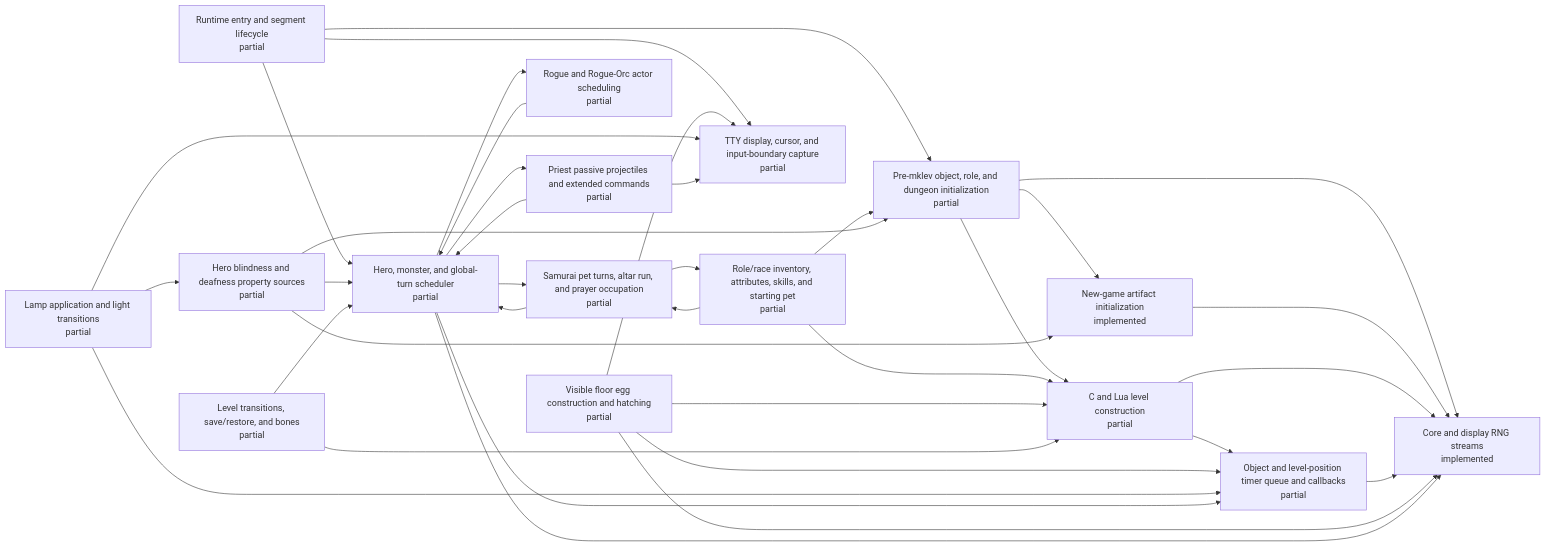
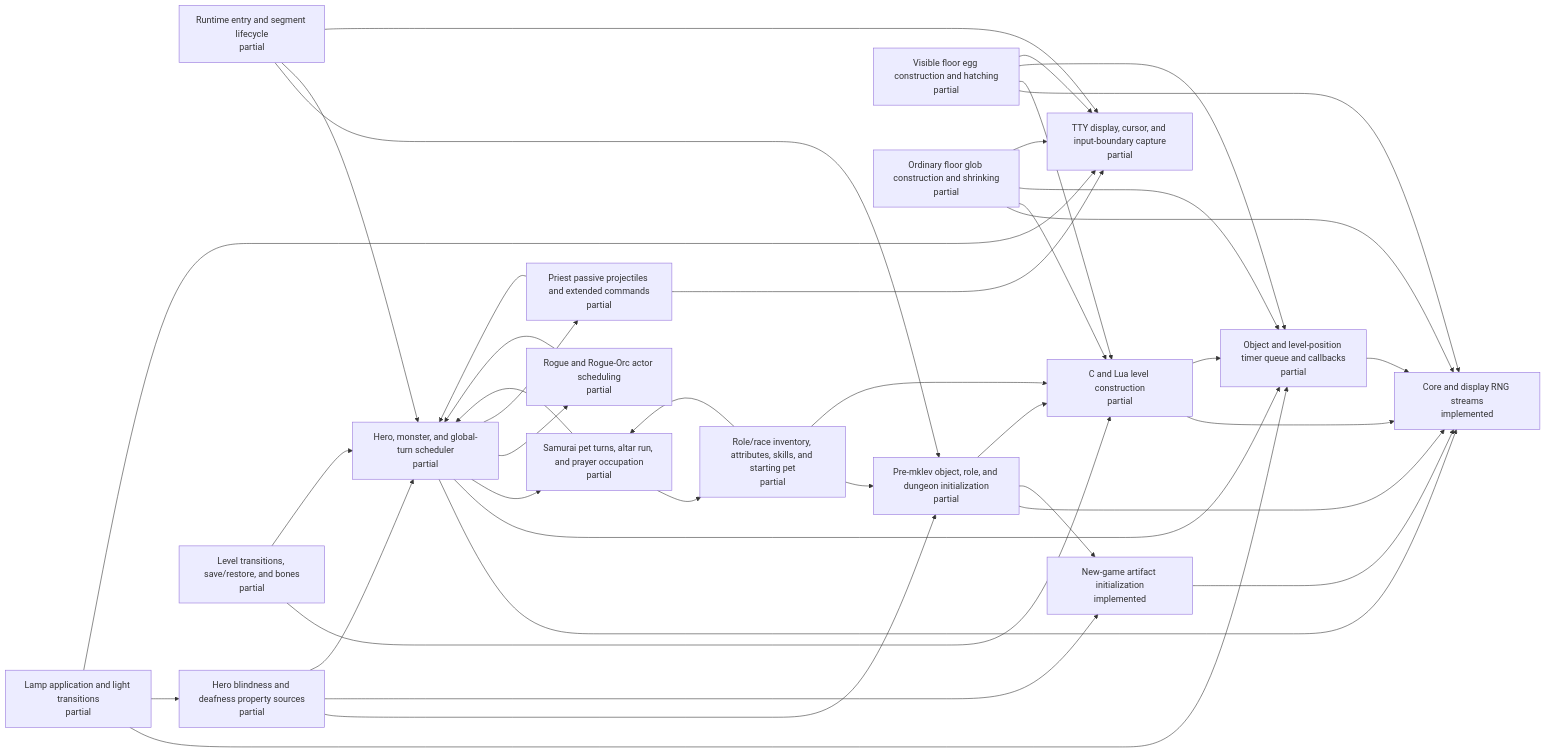
One commit to daoa0601/teleport-contest changed the diagram in docs/architecture/c-lua-ownership.generated.md. Above: the diagram before and after it, drawn with Mermaid. The commit also changed other lines of this file and 3 other files, not shown here.

Commit message:
Record floor glob shrink ownership

````diff
--- a/docs/architecture/c-lua-ownership.generated.md
+++ b/docs/architecture/c-lua-ownership.generated.md
@@ -11,54 +11,59 @@
 ```mermaid
 flowchart LR
     n_runtime_entry["Runtime entry and segment lifecycle<br/>partial"]
     n_rng_core["Core and display RNG streams<br/>implemented"]
     n_startup_pre_mklev["Pre-mklev object, role, and dungeon initialization<br/>partial"]
     n_startup_artifacts["New-game artifact initialization<br/>implemented"]
     n_startup_role_inventory["Role/race inventory, attributes, skills, and starting pet<br/>partial"]
     n_hero_sensory_properties["Hero blindness and deafness property sources<br/>partial"]
     n_level_generation["C and Lua level construction<br/>partial"]
     n_object_timer_queue["Object and level-position timer queue and callbacks<br/>partial"]
     n_floor_egg_hatching["Visible floor egg construction and hatching<br/>partial"]
+    n_floor_glob_shrinking["Ordinary floor glob construction and shrinking<br/>partial"]
     n_timed_lamp_application["Lamp application and light transitions<br/>partial"]
     n_turn_scheduler["Hero, monster, and global-turn scheduler<br/>partial"]
     n_samurai_pet_turns["Samurai pet turns, altar run, and prayer occupation<br/>partial"]
     n_rogue_actor_scheduling["Rogue and Rogue-Orc actor scheduling<br/>partial"]
     n_priest_passive_projectiles["Priest passive projectiles and extended commands<br/>partial"]
     n_tty_display["TTY display, cursor, and input-boundary capture<br/>partial"]
     n_level_transition_persistence["Level transitions, save/restore, and bones<br/>partial"]
     n_runtime_entry --> n_startup_pre_mklev
     n_runtime_entry --> n_turn_scheduler
     n_runtime_entry --> n_tty_display
     n_startup_pre_mklev --> n_rng_core
     n_startup_pre_mklev --> n_startup_artifacts
     n_startup_pre_mklev --> n_level_generation
     n_startup_artifacts --> n_rng_core
     n_startup_role_inventory --> n_startup_pre_mklev
     n_startup_role_inventory --> n_level_generation
     n_startup_role_inventory --> n_samurai_pet_turns
     n_hero_sensory_properties --> n_startup_pre_mklev
     n_hero_sensory_properties --> n_startup_artifacts
     n_hero_sensory_properties --> n_turn_scheduler
     n_level_generation --> n_rng_core
     n_level_generation --> n_object_timer_queue
     n_object_timer_queue --> n_rng_core
     n_floor_egg_hatching --> n_rng_core
     n_floor_egg_hatching --> n_level_generation
     n_floor_egg_hatching --> n_object_timer_queue
     n_floor_egg_hatching --> n_tty_display
+    n_floor_glob_shrinking --> n_rng_core
+    n_floor_glob_shrinking --> n_level_generation
+    n_floor_glob_shrinking --> n_object_timer_queue
+    n_floor_glob_shrinking --> n_tty_display
     n_timed_lamp_application --> n_object_timer_queue
     n_timed_lamp_application --> n_hero_sensory_properties
     n_timed_lamp_application --> n_tty_display
     n_turn_scheduler --> n_rng_core
     n_turn_scheduler --> n_object_timer_queue
     n_turn_scheduler --> n_samurai_pet_turns
     n_turn_scheduler --> n_rogue_actor_scheduling
     n_turn_scheduler --> n_priest_passive_projectiles
     n_samurai_pet_turns --> n_turn_scheduler
     n_samurai_pet_turns --> n_startup_role_inventory
     n_rogue_actor_scheduling --> n_turn_scheduler
     n_priest_passive_projectiles --> n_turn_scheduler
     n_priest_passive_projectiles --> n_tty_display
     n_level_transition_persistence --> n_level_generation
     n_level_transition_persistence --> n_turn_scheduler
 ```
````
